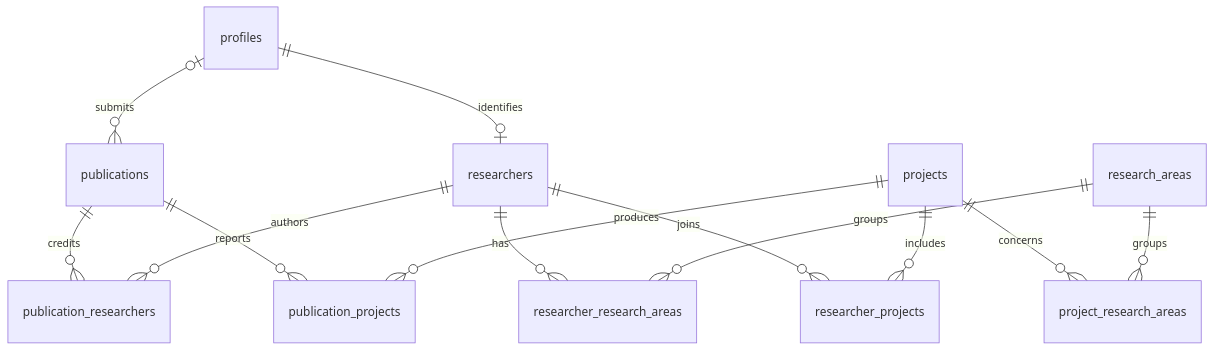
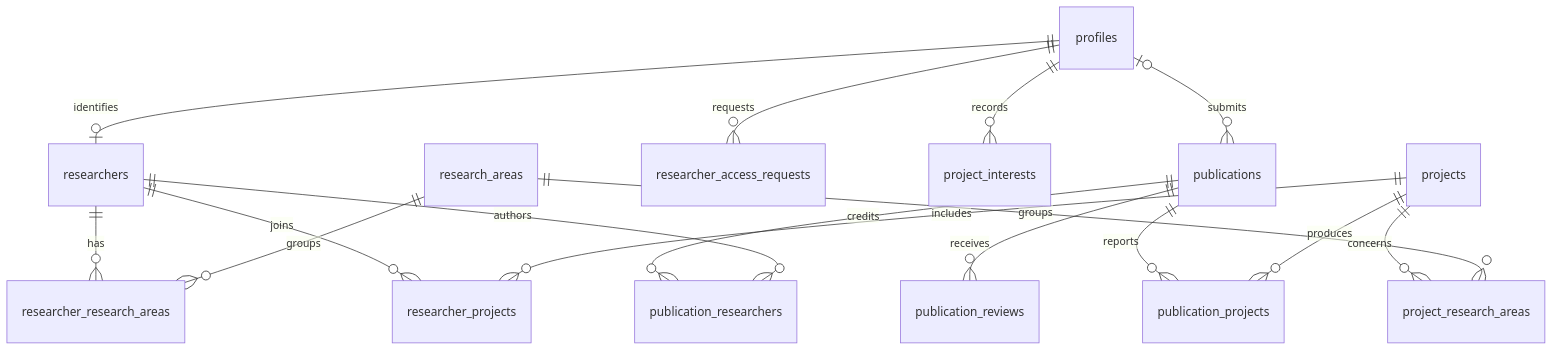
The diagram in docs/data-model.md (naitik-joshi/hackathon-neutron), drawn with Mermaid before and after one commit. The commit also changed other lines of this file and 27 other files, not shown here.

````diff
--- a/docs/data-model.md
+++ b/docs/data-model.md
@@ -7,15 +7,18 @@
 ```mermaid
 erDiagram
  profiles ||--o| researchers : identifies
  profiles o|--o{ publications : submits
+ profiles ||--o{ researcher_access_requests : requests
+ profiles ||--o{ project_interests : records
+ publications ||--o{ publication_reviews : receives
  researchers ||--o{ researcher_research_areas : has
  research_areas ||--o{ researcher_research_areas : groups
  researchers ||--o{ researcher_projects : joins
  projects ||--o{ researcher_projects : includes
  projects ||--o{ project_research_areas : concerns
  research_areas ||--o{ project_research_areas : groups
  publications ||--o{ publication_researchers : credits
  researchers ||--o{ publication_researchers : authors
  publications ||--o{ publication_projects : reports
  projects ||--o{ publication_projects : produces
 ```
````
